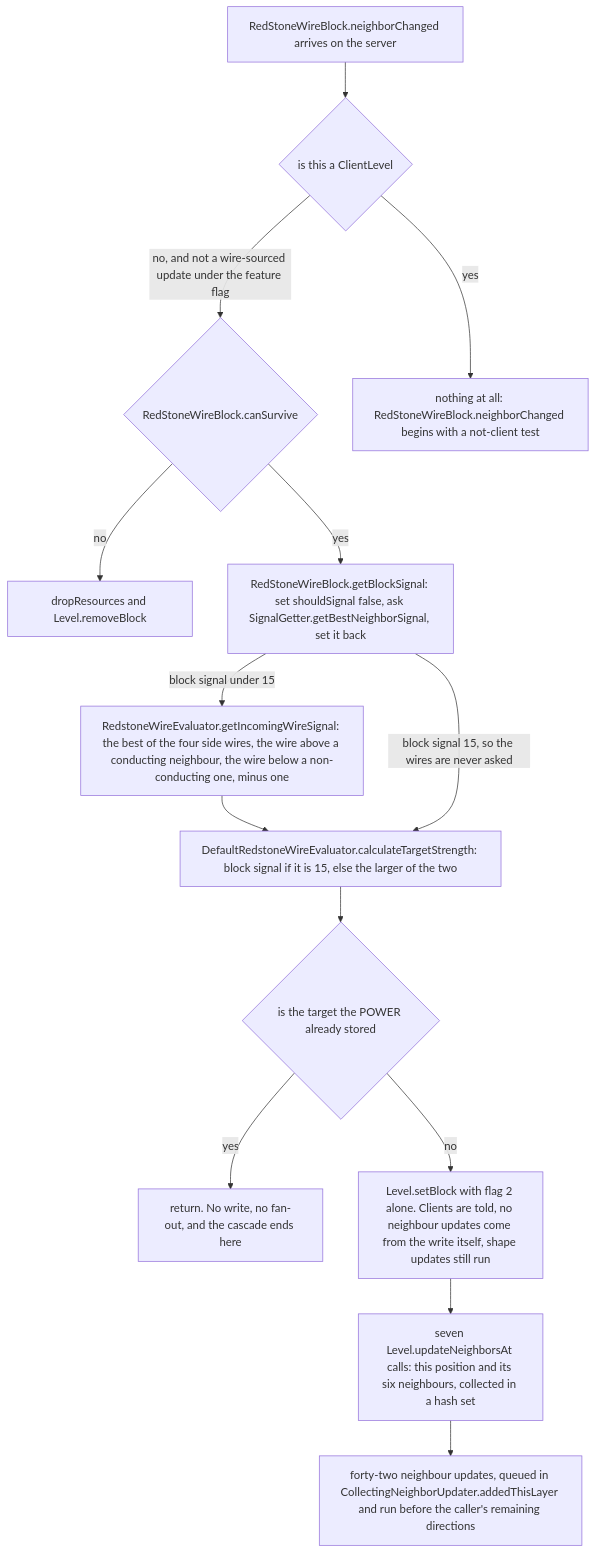
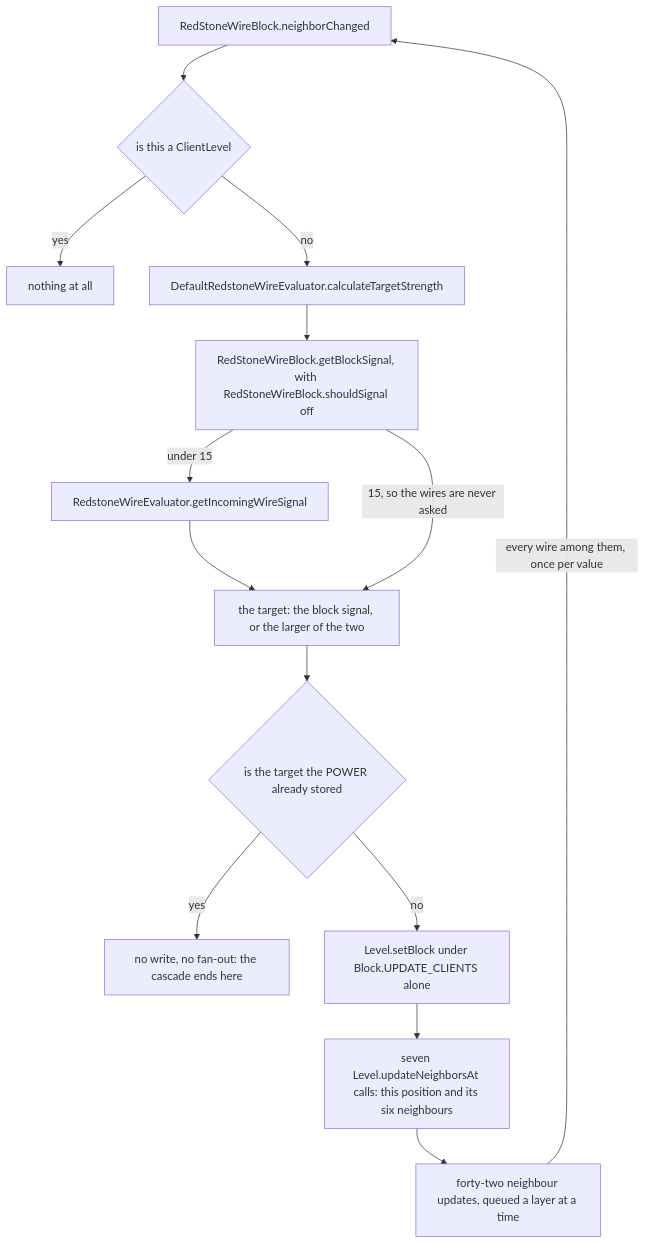
The first of 2 diagrams in src/systems/blocks/signal-and-dust.md (AlexanderjFraser/MinecraftDocs), drawn with Mermaid before and after one commit. The commit also changed other lines of this file and 12 other files, not shown here.

````diff
--- a/src/systems/blocks/signal-and-dust.md
+++ b/src/systems/blocks/signal-and-dust.md
@@ -42,26 +42,25 @@
 ```mermaid
-flowchart TB
-    IN["RedStoneWireBlock.neighborChanged arrives on the server"]
+flowchart TD
+    IN["RedStoneWireBlock.neighborChanged"]
     CLIENT{"is this a ClientLevel"}
-    SURV{"RedStoneWireBlock.canSurvive"}
-    DROP["dropResources and Level.removeBlock"]
-    NOTHING["nothing at all: RedStoneWireBlock.neighborChanged begins with a not-client test"]
-    BLK["RedStoneWireBlock.getBlockSignal: set shouldSignal false, ask SignalGetter.getBestNeighborSignal, set it back"]
-    WIRE["RedstoneWireEvaluator.getIncomingWireSignal: the best of the four side wires, the wire above a conducting neighbour, the wire below a non-conducting one, minus one"]
-    TARGET["DefaultRedstoneWireEvaluator.calculateTargetStrength: block signal if it is 15, else the larger of the two"]
+    NOTHING["nothing at all"]
+    CALC["DefaultRedstoneWireEvaluator.calculateTargetStrength"]
+    BLK["RedStoneWireBlock.getBlockSignal, with RedStoneWireBlock.shouldSignal off"]
+    WIRE["RedstoneWireEvaluator.getIncomingWireSignal"]
+    TARGET["the target: the block signal, or the larger of the two"]
     SAME{"is the target the POWER already stored"}
-    STOP["return. No write, no fan-out, and the cascade ends here"]
-    WRITE["Level.setBlock with flag 2 alone. Clients are told, no neighbour updates come from the write itself, shape updates still run"]
-    FAN["seven Level.updateNeighborsAt calls: this position and its six neighbours, collected in a hash set"]
-    OUT["forty-two neighbour updates, queued in CollectingNeighborUpdater.addedThisLayer and run before the caller's remaining directions"]
+    STOP["no write, no fan-out: the cascade ends here"]
+    WRITE["Level.setBlock under Block.UPDATE_CLIENTS alone"]
+    FAN["seven Level.updateNeighborsAt calls: this position and its six neighbours"]
+    OUT["forty-two neighbour updates, queued a layer at a time"]
     IN --> CLIENT
     CLIENT -- "yes" --> NOTHING
-    CLIENT -- "no, and not a wire-sourced update under the feature flag" --> SURV
-    SURV -- "no" --> DROP
-    SURV -- "yes" --> BLK
-    BLK -- "block signal under 15" --> WIRE --> TARGET
-    BLK -- "block signal 15, so the wires are never asked" --> TARGET
+    CLIENT -- "no" --> CALC
+    CALC --> BLK
+    BLK -- "under 15" --> WIRE --> TARGET
+    BLK -- "15, so the wires are never asked" --> TARGET
     TARGET --> SAME
     SAME -- "yes" --> STOP
     SAME -- "no" --> WRITE --> FAN --> OUT
+    OUT -- "every wire among them, once per value" --> IN
 ```
````
